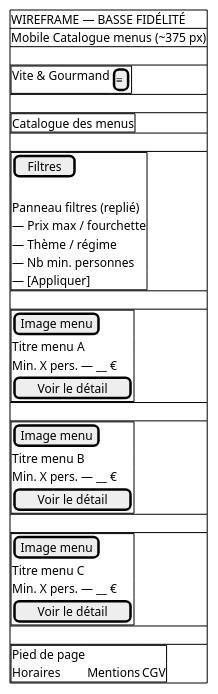
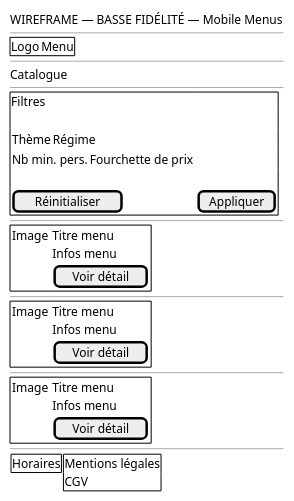
Before and after one commit to Meldince6790/vite-et-gourmand: the diagram in docs/wireframes/wireframe-mobile-menus.puml, drawn with PlantUML. The commit also changed 11 other files, not shown here.

```diff
--- a/docs/wireframes/wireframe-mobile-menus.puml
+++ b/docs/wireframes/wireframe-mobile-menus.puml
@@ -1,54 +1,71 @@
 @startsalt
-' WIREFRAME — BASSE FIDÉLITÉ
-' Mobile Catalogue des menus — ~375 px (indicatif)
+skinparam backgroundColor #FFFFFF
+skinparam defaultFontColor #000000
+skinparam shadowing false
+' WIREFRAME — BASSE FIDÉLITÉ — Mobile Menus (blocs fonctionnels)
 {
-{#
-WIREFRAME — BASSE FIDÉLITÉ
-Mobile Catalogue menus (~375 px)
+WIREFRAME — BASSE FIDÉLITÉ — Mobile Menus
+----
+{+
+Logo | Menu
+}
+----
+Catalogue
+----
+{+
+Filtres
 .
-{+
-Vite & Gourmand | [≡]
+{
+Thème | Régime
+}
+{
+Nb min. pers. | Fourchette de prix
 }
 .
+[Réinitialiser] | [Appliquer]
+}
+----
 {+
-Catalogue des menus
+{
+Image
+} |
+{
+Titre menu
+Infos menu
+[Voir détail]
 }
-.
+}
+----
 {+
-[Filtres]
-.
-Panneau filtres (replié)
-— Prix max / fourchette
-— Thème / régime
-— Nb min. personnes
-— [Appliquer]
+{
+Image
+} |
+{
+Titre menu
+Infos menu
+[Voir détail]
 }
-.
+}
+----
 {+
-[Image menu]
-Titre menu A
-Min. X pers. — __ €
-[Voir le détail]
+{
+Image
+} |
+{
+Titre menu
+Infos menu
+[Voir détail]
 }
-.
+}
+----
+{
 {+
-[Image menu]
-Titre menu B
-Min. X pers. — __ €
-[Voir le détail]
-}
-.
+Horaires
+} |
 {+
-[Image menu]
-Titre menu C
-Min. X pers. — __ €
-[Voir le détail]
-}
-.
-{+
-Pied de page
-Horaires | Mentions | CGV
+Mentions légales
+CGV
 }
 }
 }
 @endsalt
```
